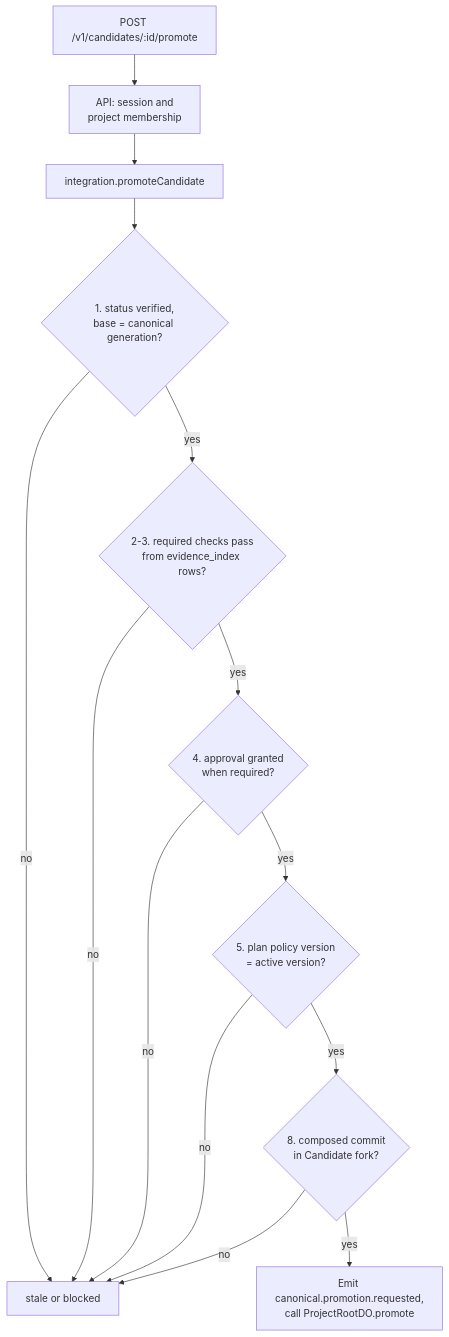
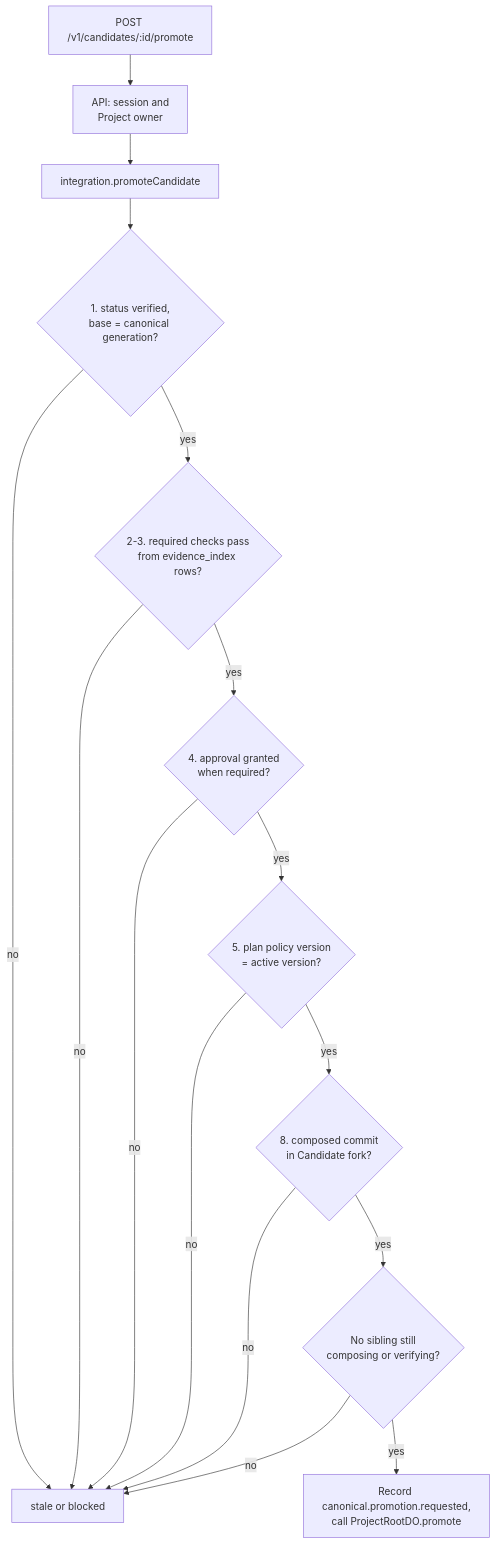
The first of 2 diagrams in docs/adr/0013-promotion-preconditions.md (nsudhanva/rhumbatron), drawn with Mermaid before and after one commit. The commit also changed other lines of this file and 47 other files, not shown here.

````diff
--- a/docs/adr/0013-promotion-preconditions.md
+++ b/docs/adr/0013-promotion-preconditions.md
@@ -99,16 +110,18 @@
 ```mermaid
 flowchart TD
-  S["POST /v1/candidates/:id/promote"] --> M["API: session and<br/>project membership"]
+  S["POST /v1/candidates/:id/promote"] --> M["API: session and<br/>Project owner"]
   M --> R["integration.promoteCandidate"]
   R --> C1{"1. status verified,<br/>base = canonical generation?"}
   C1 -- no --> X["stale or blocked"]
   C1 -- yes --> C2{"2-3. required checks pass<br/>from evidence_index rows?"}
   C2 -- no --> X
   C2 -- yes --> C4{"4. approval granted<br/>when required?"}
   C4 -- no --> X
   C4 -- yes --> C5{"5. plan policy version<br/>= active version?"}
   C5 -- no --> X
   C5 -- yes --> C8{"8. composed commit<br/>in Candidate fork?"}
   C8 -- no --> X
-  C8 -- yes --> E["Emit canonical.promotion.requested,<br/>call ProjectRootDO.promote"]
+  C8 -- yes --> SP{"No sibling still<br/>composing or verifying?"}
+  SP -- no --> X
+  SP -- yes --> E["Record canonical.promotion.requested,<br/>call ProjectRootDO.promote"]
 ```
````
